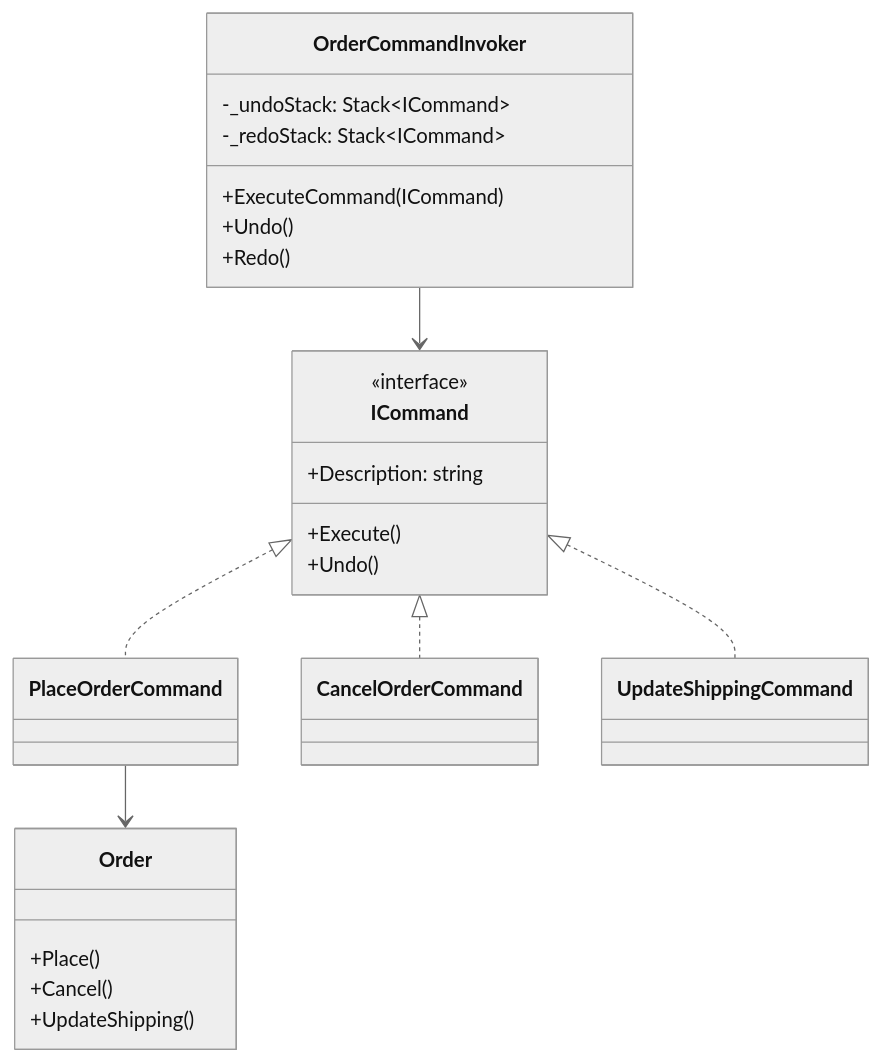
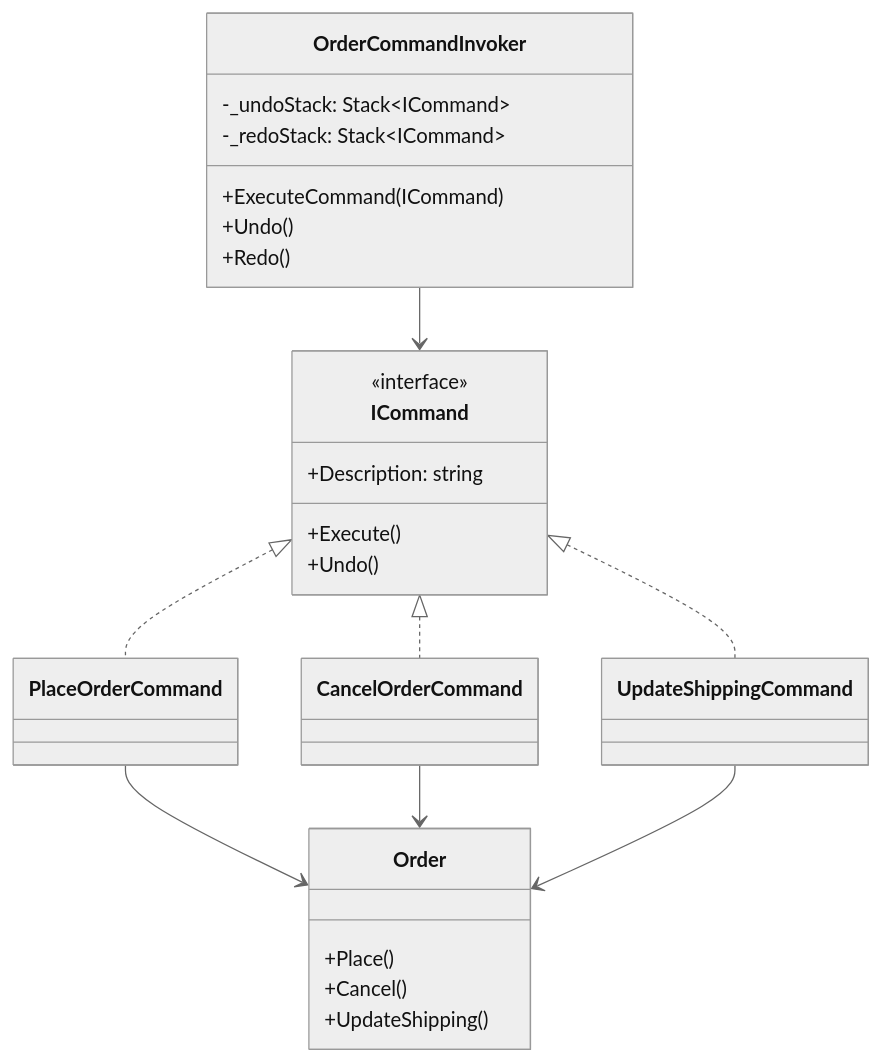
Before and after one commit to senapatisantosh/DotnetAdvanceDesignPattern: the first of 2 diagrams in src/DesignPatterns.Behavioral/Command/README.md, drawn with Mermaid (neutral theme). The commit also changed other lines of this file and 12 other files, not shown here.

````diff
--- a/src/DesignPatterns.Behavioral/Command/README.md
+++ b/src/DesignPatterns.Behavioral/Command/README.md
@@ -68,27 +73,32 @@
 ```mermaid
 classDiagram
     class ICommand {
         <<interface>>
         +Description: string
         +Execute()
         +Undo()
     }
-    class Order {
-        +Place()
-        +Cancel()
-        +UpdateShipping()
-    }
+    class PlaceOrderCommand
+    class CancelOrderCommand
+    class UpdateShippingCommand
     class OrderCommandInvoker {
         -_undoStack: Stack~ICommand~
         -_redoStack: Stack~ICommand~
         +ExecuteCommand(ICommand)
         +Undo()
         +Redo()
     }
+    class Order {
+        +Place()
+        +Cancel()
+        +UpdateShipping()
+    }
 
     ICommand <|.. PlaceOrderCommand
     ICommand <|.. CancelOrderCommand
     ICommand <|.. UpdateShippingCommand
+    OrderCommandInvoker --> ICommand
     PlaceOrderCommand --> Order
-    OrderCommandInvoker --> ICommand
+    CancelOrderCommand --> Order
+    UpdateShippingCommand --> Order
 ```
````
